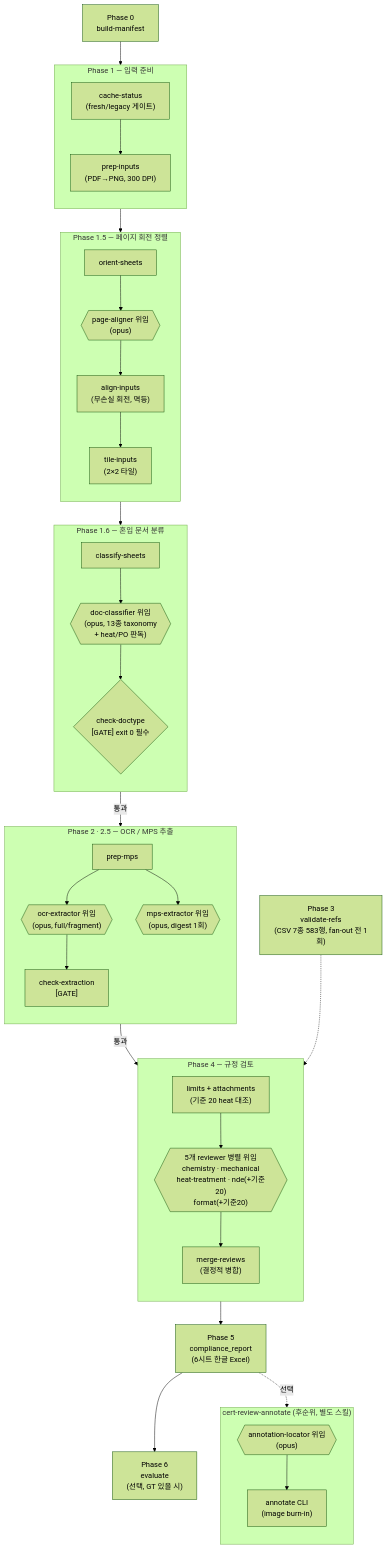
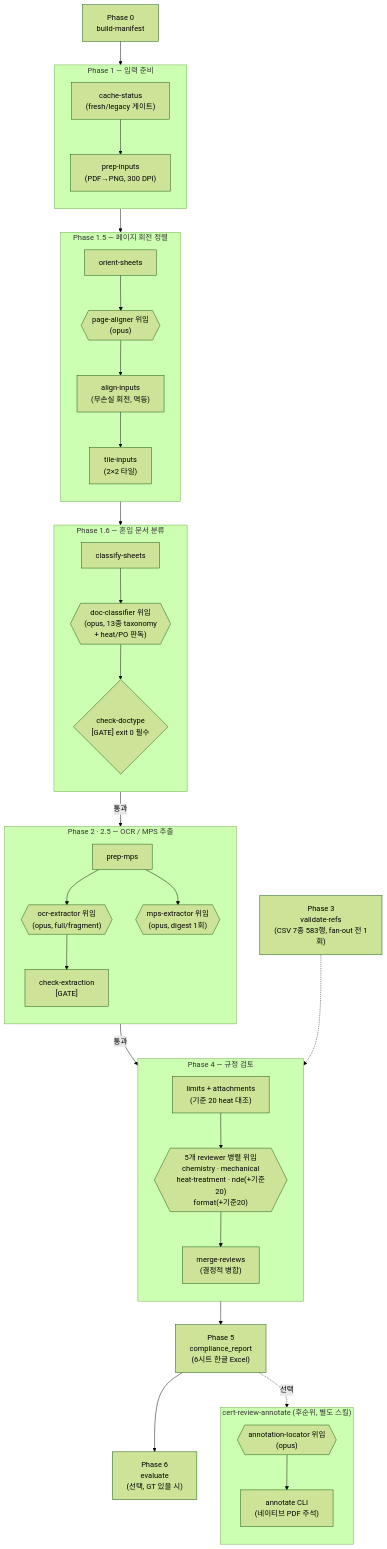
The diagram in README.md (Donghun1q2w/ReportReviewer), drawn with Mermaid (forest theme) before and after one commit. The commit also changed other lines of this file, not shown here.

First line of the commit message:
docs(readme): 주석 스킬 서술을 네이티브 PDF 주석 방식으로 현행화

````diff
--- a/README.md
+++ b/README.md
@@ -27,51 +27,51 @@
 ```mermaid
 flowchart TD
     P0["Phase 0<br/>build-manifest"] --> P1
 
     subgraph P1["Phase 1 — 입력 준비"]
         direction TB
         cs["cache-status<br/>(fresh/legacy 게이트)"] --> pi["prep-inputs<br/>(PDF→PNG, 300 DPI)"]
     end
     P1 --> P15
 
     subgraph P15["Phase 1.5 — 페이지 회전 정렬"]
         direction TB
         os["orient-sheets"] --> pa{{"page-aligner 위임<br/>(opus)"}}
         pa --> ai["align-inputs<br/>(무손실 회전, 멱등)"]
         ai --> ti["tile-inputs<br/>(2×2 타일)"]
     end
     P15 --> P16
 
     subgraph P16["Phase 1.6 — 혼입 문서 분류"]
         direction TB
         clss["classify-sheets"] --> dc{{"doc-classifier 위임<br/>(opus, 13종 taxonomy<br/>+ heat/PO 판독)"}}
         dc --> cd{"check-doctype<br/>[GATE] exit 0 필수"}
     end
     P16 -->|통과| P2
 
     subgraph P2["Phase 2 · 2.5 — OCR / MPS 추출"]
         direction TB
         pm["prep-mps"] --> oe{{"ocr-extractor 위임<br/>(opus, full/fragment)"}}
         pm --> me{{"mps-extractor 위임<br/>(opus, digest 1회)"}}
         oe --> ce["check-extraction<br/>[GATE]"]
     end
     P2 -->|통과| P4
 
     P3["Phase 3<br/>validate-refs<br/>(CSV 7종 583행, fan-out 전 1회)"] -.-> P4
 
     subgraph P4["Phase 4 — 규정 검토"]
         direction TB
         lim["limits + attachments<br/>(기준 20 heat 대조)"] --> rv{{"5개 reviewer 병렬 위임<br/>chemistry · mechanical<br/>heat-treatment · nde(+기준20)<br/>format(+기준20)"}}
         rv --> mr["merge-reviews<br/>(결정적 병합)"]
     end
 
     P4 --> P5["Phase 5<br/>compliance_report<br/>(6시트 한글 Excel)"]
     P5 --> P6["Phase 6<br/>evaluate<br/>(선택, GT 있을 시)"]
 
     P5 -.선택.-> ANN
 
     subgraph ANN["cert-review-annotate (후순위, 별도 스킬)"]
         direction TB
-        al2{{"annotation-locator 위임<br/>(opus)"}} --> anc["annotate CLI<br/>(image burn-in)"]
+        al2{{"annotation-locator 위임<br/>(opus)"}} --> anc["annotate CLI<br/>(네이티브 PDF 주석)"]
     end
 ```
````
